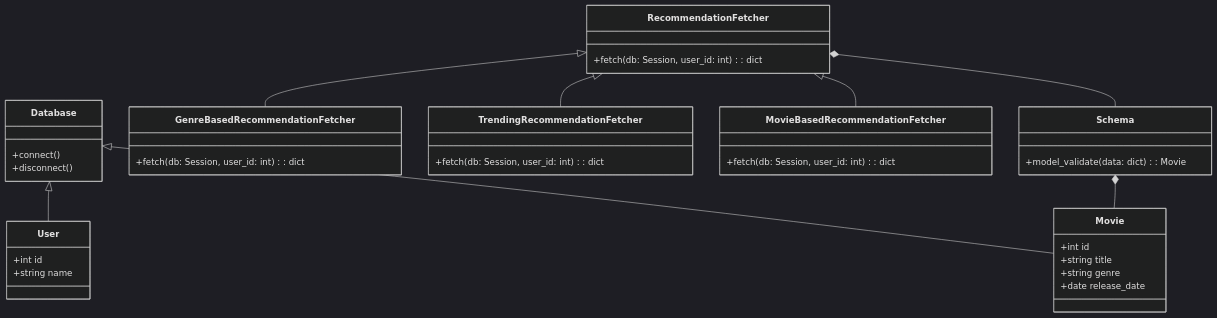
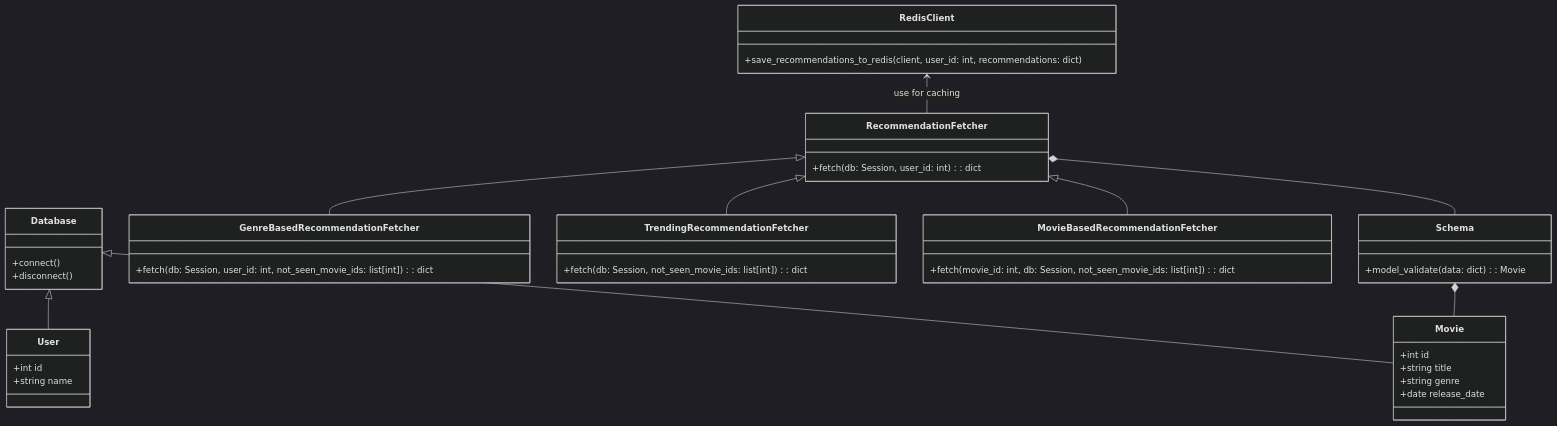
The diagram in docs/diag.md (St4r4x/MovieMania), drawn with Mermaid (dark theme) before and after one commit.

Commit message:
chore: Update recommendation fetchers to include not_seen_movie_ids parameter

````diff
--- a/docs/diag.md
+++ b/docs/diag.md
@@ -1,48 +1,52 @@
 ```mermaid
 classDiagram
     class Database {
         +connect()
         +disconnect()
     }
 
     class User {
         +int id
         +string name
     }
 
     class Movie {
         +int id
         +string title
         +string genre
         +date release_date
     }
 
     class RecommendationFetcher {
         +fetch(db: Session, user_id: int): dict
     }
 
     class GenreBasedRecommendationFetcher {
-        +fetch(db: Session, user_id: int): dict
+        +fetch(db: Session, user_id: int, not_seen_movie_ids: list[int]): dict
     }
 
     class TrendingRecommendationFetcher {
-        +fetch(db: Session, user_id: int): dict
+        +fetch(db: Session, not_seen_movie_ids: list[int]): dict
     }
 
     class MovieBasedRecommendationFetcher {
-        +fetch(db: Session, user_id: int): dict
+        +fetch(movie_id: int, db: Session, not_seen_movie_ids: list[int]): dict
     }
 
     class Schema {
         +model_validate(data: dict): Movie
+    }
+
+    class RedisClient {
+        +save_recommendations_to_redis(client, user_id: int, recommendations: dict)
     }
 
     Database <|-- User
     Database <|-- Movie
     RecommendationFetcher <|-- GenreBasedRecommendationFetcher
     RecommendationFetcher <|-- TrendingRecommendationFetcher
     RecommendationFetcher <|-- MovieBasedRecommendationFetcher
     Schema *-- Movie
     RecommendationFetcher *-- Schema
-
+    RedisClient <-- RecommendationFetcher : use for caching
 ```
````
